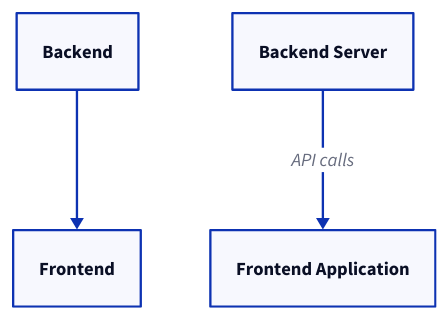
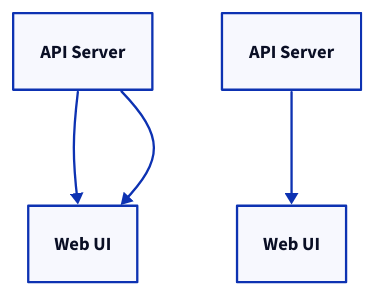
Before and after one commit to chyax98/DiagramAI: the third of 14 diagrams in docs/kroki/d2/common-errors.md, drawn with D2. The commit also changed other lines of this file and 52 other files, not shown here.

````diff
--- a/docs/kroki/d2/common-errors.md
+++ b/docs/kroki/d2/common-errors.md
@@ -71,9 +53,16 @@
 ```d2
-# 方案 1: 键名和标签相同
-Backend -> Frontend
+# ❌ 错误
+Backend: API Server
+Frontend: Web UI
+Backend -> Frontend  # 引用的是标签,不是键
 
-# 方案 2: 键名简短,标签描述性
-be: Backend Server
-fe: Frontend Application
-be -> fe: API calls
+# ✅ 正确方式1: 引用键名
+be: API Server
+fe: Web UI
+be -> fe
+
+# ✅ 正确方式2: 使用引号键名
+"Backend": API Server
+"Frontend": Web UI
+"Backend" -> "Frontend"
 ```
````
